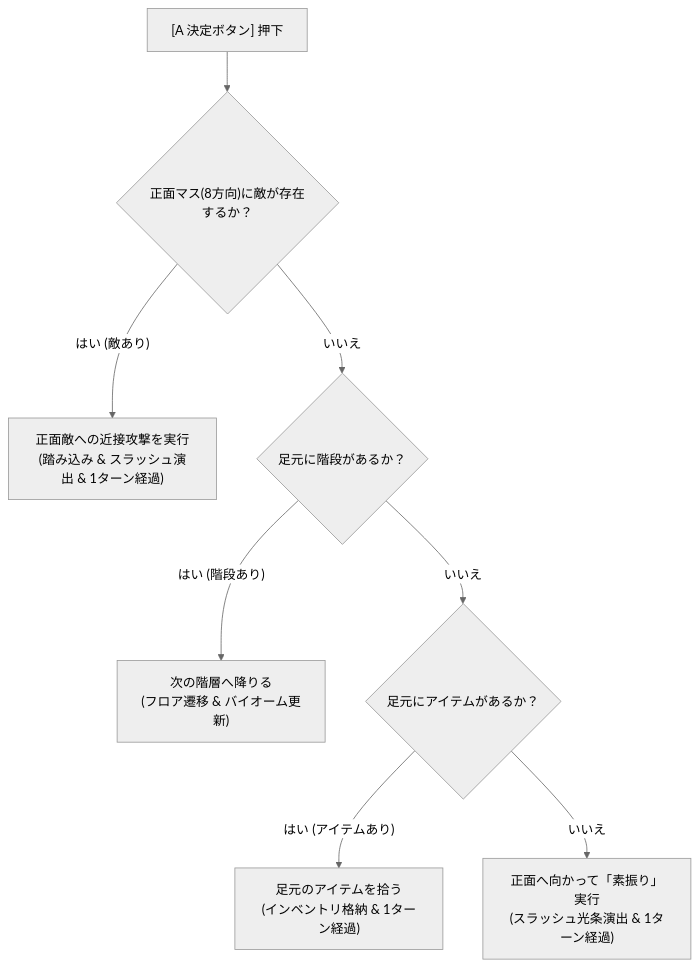
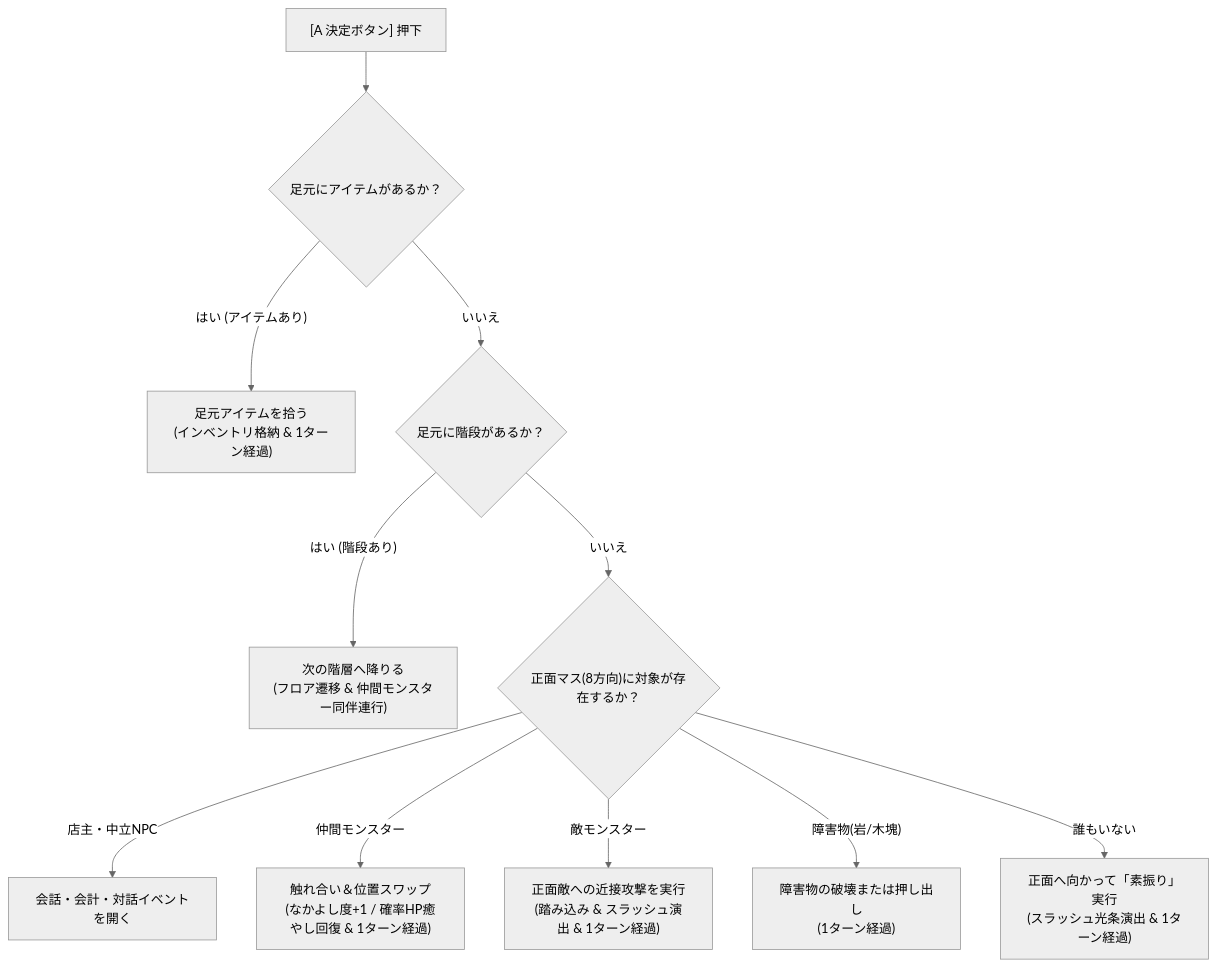
The first of 2 diagrams in docs/06_biomes_and_floors.md (Katsu2013/antigravity-game-01), drawn with Mermaid (neutral theme) before and after one commit. The commit also changed other lines of this file and 3 other files, not shown here.

````diff
--- a/docs/06_biomes_and_floors.md
+++ b/docs/06_biomes_and_floors.md
@@ -14,10 +14,13 @@
 ```mermaid
 flowchart TD
-    A["[A 決定ボタン] 押下"] --> B{"正面マス(8方向)に敵が存在するか？"}
-    B -- "はい (敵あり)" --> C["正面敵への近接攻撃を実行<br/>(踏み込み & スラッシュ演出 & 1ターン経過)"]
+    A["[A 決定ボタン] 押下"] --> B{"足元にアイテムがあるか？"}
+    B -- "はい (アイテムあり)" --> C["足元アイテムを拾う<br/>(インベントリ格納 & 1ターン経過)"]
     B -- "いいえ" --> D{"足元に階段があるか？"}
-    D -- "はい (階段あり)" --> E["次の階層へ降りる<br/>(フロア遷移 & バイオーム更新)"]
-    D -- "いいえ" --> F{"足元にアイテムがあるか？"}
-    F -- "はい (アイテムあり)" --> G["足元のアイテムを拾う<br/>(インベントリ格納 & 1ターン経過)"]
-    F -- "いいえ" --> H["正面へ向かって「素振り」実行<br/>(スラッシュ光条演出 & 1ターン経過)"]
+    D -- "はい (階段あり)" --> E["次の階層へ降りる<br/>(フロア遷移 & 仲間モンスター同伴連行)"]
+    D -- "いいえ" --> F{"正面マス(8方向)に対象が存在するか？"}
+    F -- "店主・中立NPC" --> G["会話・会計・対話イベントを開く"]
+    F -- "仲間モンスター" --> H["触れ合い＆位置スワップ<br/>(なかよし度+1 / 確率HP癒やし回復 & 1ターン経過)"]
+    F -- "敵モンスター" --> I["正面敵への近接攻撃を実行<br/>(踏み込み & スラッシュ演出 & 1ターン経過)"]
+    F -- "障害物(岩/木塊)" --> J["障害物の破壊または押し出し<br/>(1ターン経過)"]
+    F -- "誰もいない" --> K["正面へ向かって「素振り」実行<br/>(スラッシュ光条演出 & 1ターン経過)"]
 ```
````
